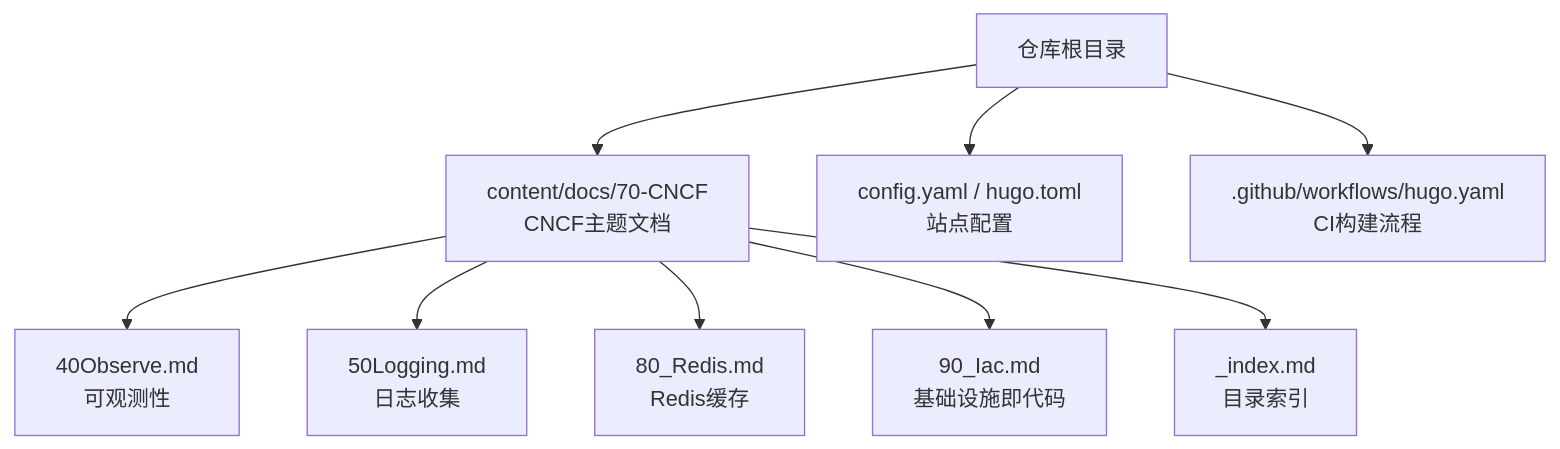
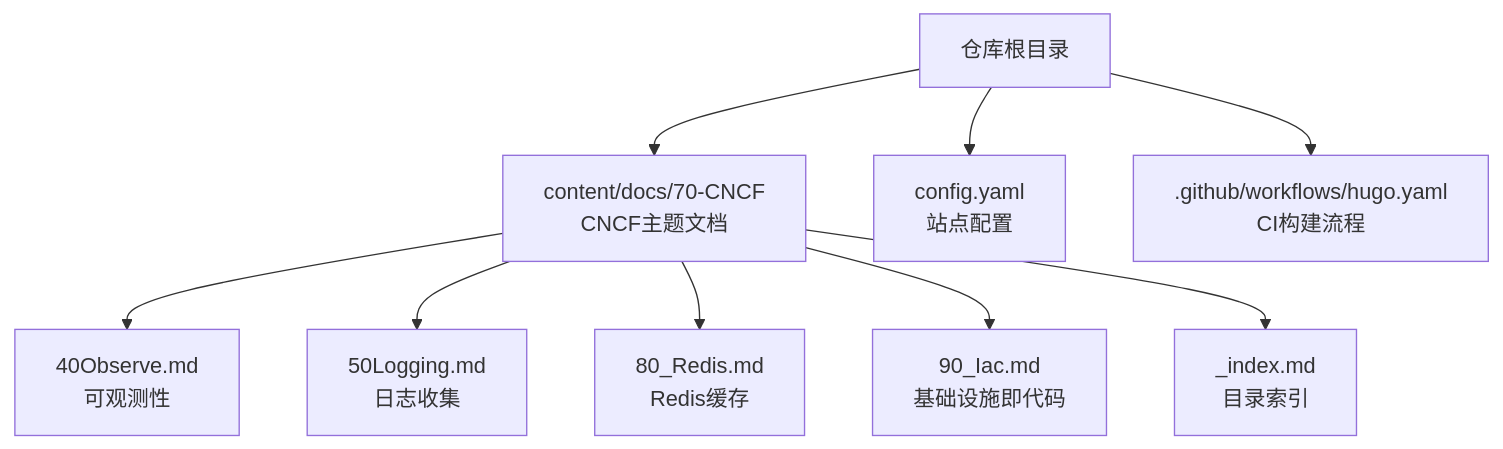
The first of 7 diagrams in .qoder/repowiki/zh/content/技术文档体系/CNCF项目生态/CNCF项目生态.md (nianjiang/nianjiang.github.io), drawn with Mermaid before and after one commit. The commit also changed other lines of this file and 21 other files, not shown here.

````diff
--- a/.qoder/repowiki/zh/content/技术文档体系/CNCF项目生态/CNCF项目生态.md
+++ b/.qoder/repowiki/zh/content/技术文档体系/CNCF项目生态/CNCF项目生态.md
@@ -33,11 +38,11 @@
 ```mermaid
 graph TB
 A["仓库根目录"] --> B["content/docs/70-CNCF<br/>CNCF主题文档"]
-A --> C["config.yaml / hugo.toml<br/>站点配置"]
+A --> C["config.yaml<br/>站点配置"]
 A --> D[".github/workflows/hugo.yaml<br/>CI构建流程"]
 B --> B1["40Observe.md<br/>可观测性"]
 B --> B2["50Logging.md<br/>日志收集"]
 B --> B3["80_Redis.md<br/>Redis缓存"]
 B --> B4["90_Iac.md<br/>基础设施即代码"]
 B --> B5["_index.md<br/>目录索引"]
 ```
````
